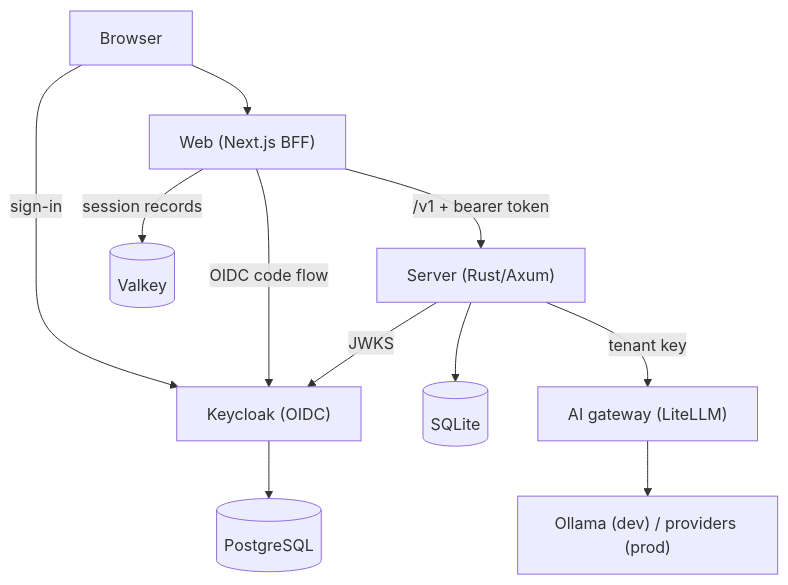
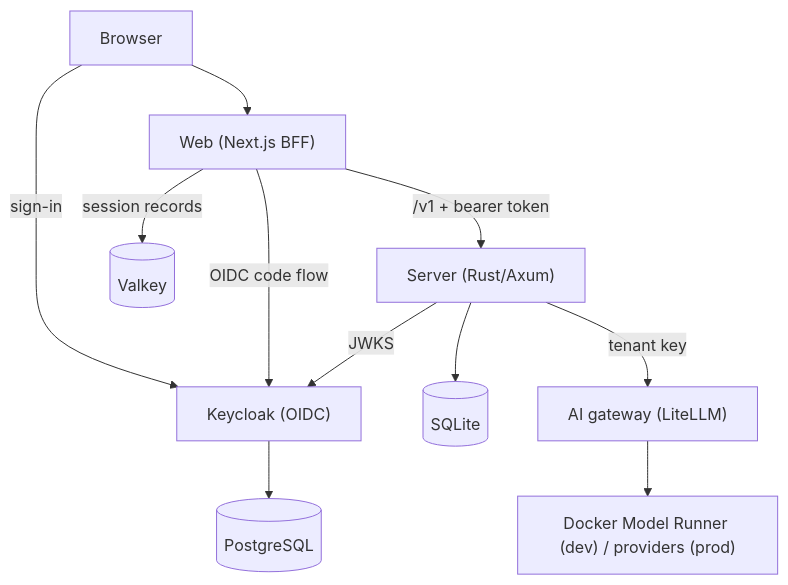
The diagram in README.md (Kanzo-Tech/keasy), drawn with Mermaid before and after one commit. The commit also changed other lines of this file and 3 other files, not shown here.

First line of the commit message:
feat(infra): dev models on Docker Model Runner, on the host's GPU

````diff
--- a/README.md
+++ b/README.md
@@ -66,13 +65,13 @@
 ```mermaid
 graph TD
     Browser --> Web["Web (Next.js BFF)"]
     Browser -->|"sign-in"| Keycloak["Keycloak (OIDC)"]
     Web -->|"/v1 + bearer token"| Server["Server (Rust/Axum)"]
     Web -->|"OIDC code flow"| Keycloak
     Web -->|"session records"| Valkey[("Valkey")]
     Server -->|"JWKS"| Keycloak
     Server --> SQLite[("SQLite")]
     Server -->|"tenant key"| Gateway["AI gateway (LiteLLM)"]
-    Gateway --> Models["Ollama (dev) / providers (prod)"]
+    Gateway --> Models["Docker Model Runner (dev) / providers (prod)"]
     Keycloak --> PostgreSQL[("PostgreSQL")]
 ```
````
